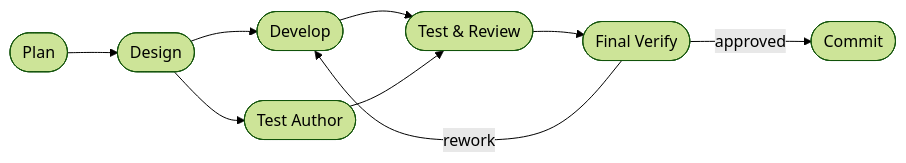
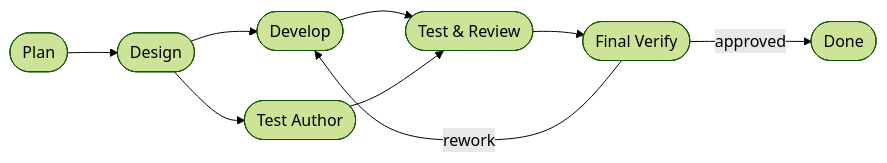
The diagram in .dev/DASHBOARD.md (hjhun/dormammu), drawn with Mermaid (forest theme) before and after one commit. The commit also changed other lines of this file and 7 other files, not shown here.

````diff
--- a/.dev/DASHBOARD.md
+++ b/.dev/DASHBOARD.md
@@ -21,11 +22,11 @@
 ```mermaid
 flowchart LR
     plan([Plan]) --> design([Design])
     design --> develop([Develop])
     design --> test_author([Test Author])
     develop --> test_review([Test & Review])
     test_author --> test_review
     test_review --> final_verify([Final Verify])
-    final_verify -->|approved| commit([Commit])
+    final_verify -->|approved| end_state([Done])
     final_verify -->|rework| develop
 ```
````
